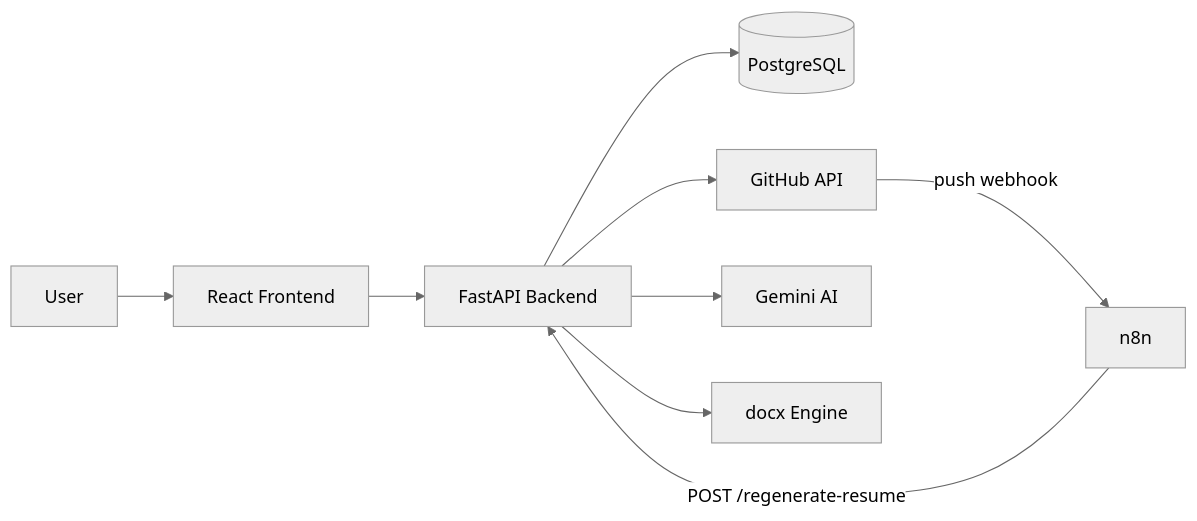
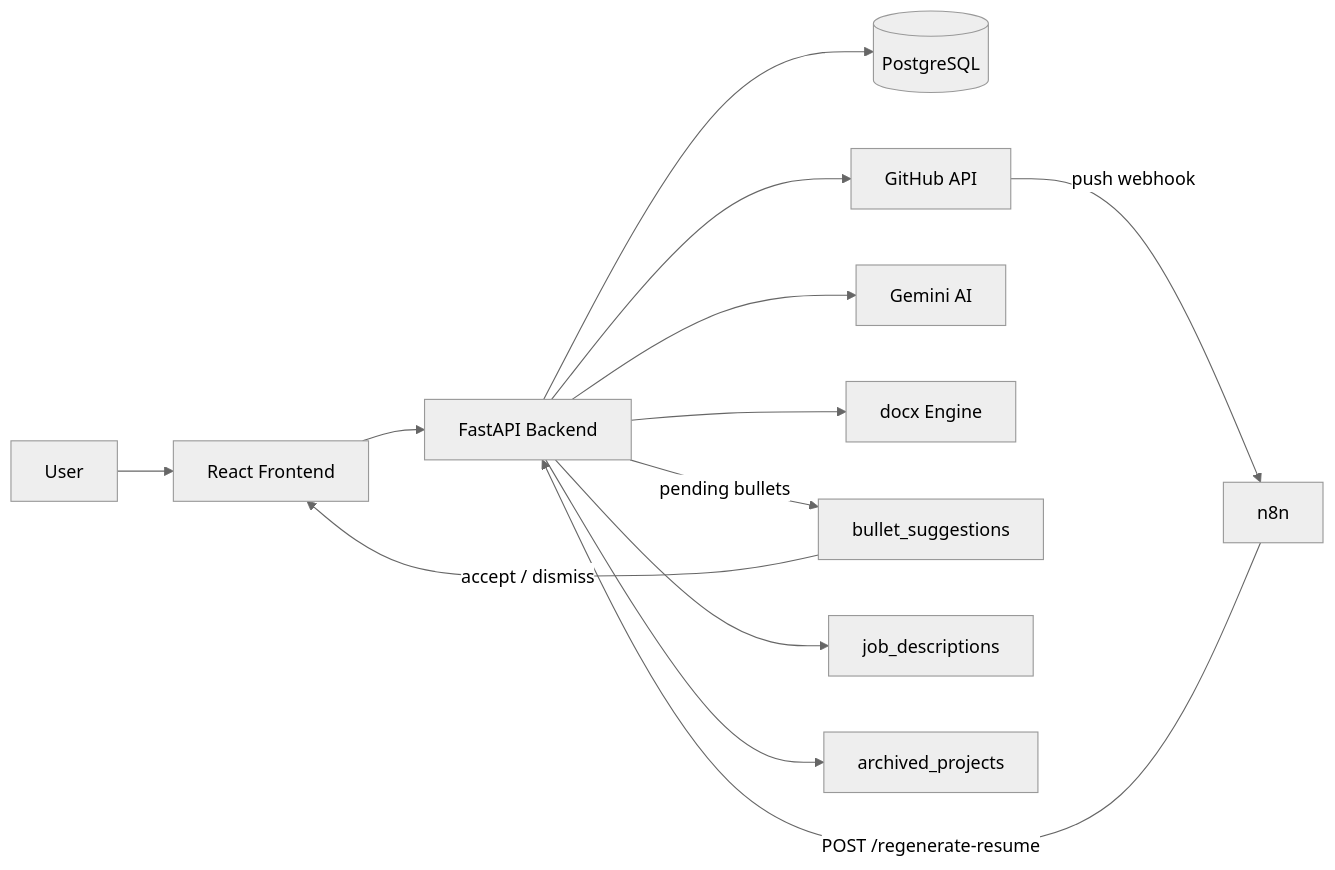
The diagram in README.md (yjaveria3-netizen/Resume-Automation), drawn with Mermaid (neutral theme) before and after one commit. The commit also changed other lines of this file and 4 other files, not shown here.

Commit message:
Add review queue, JD and archive migrations plus updated_at trigger

````diff
--- a/README.md
+++ b/README.md
@@ -23,20 +25,24 @@
 ```mermaid
 flowchart LR
     User[User]
     React[React Frontend]
     API[FastAPI Backend]
     DB[(PostgreSQL)]
     GH[GitHub API]
     N8N[n8n]
     Gemini[Gemini AI]
     Docx[docx Engine]
 
     User --> React
     React --> API
     API --> DB
     API --> GH
     API --> Gemini
     API --> Docx
     GH -->|push webhook| N8N
     N8N -->|POST /regenerate-resume| API
+    API -->|pending bullets| Queue[bullet_suggestions]
+    Queue -->|accept / dismiss| React
+    API --> JD[job_descriptions]
+    API --> Archive[archived_projects]
 ```
````
